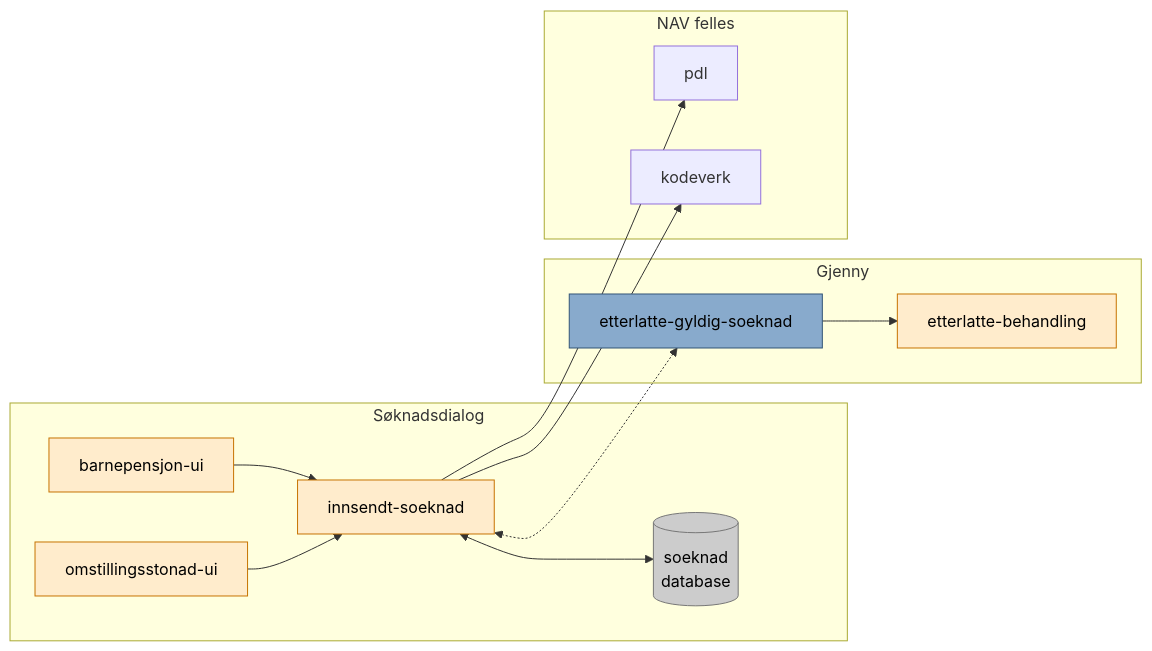
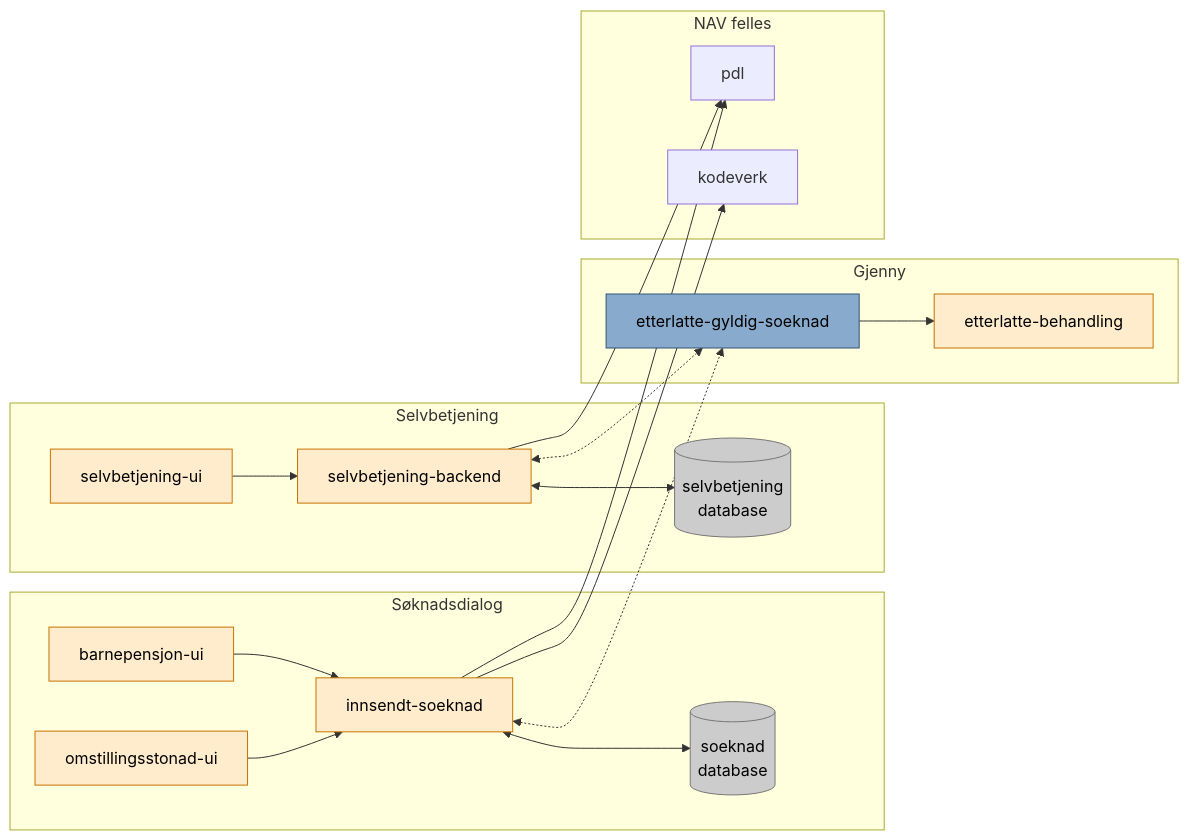
One commit to navikt/pensjon-etterlatte changed the diagram in README.md. Above: the diagram before and after it, drawn with Mermaid. The commit also changed other lines of this file and 3 other files, not shown here.

````diff
--- a/README.md
+++ b/README.md
@@ -26,35 +29,46 @@
 ```mermaid
 flowchart LR
 
 classDef app fill:#ffeccc,color:#000,stroke:#c77300
 classDef river fill:#88AACC,color:#000,stroke:#335577
 classDef db fill:#ccc,color:#000,stroke:#777
 classDef text fill:none,color:#ddd
 
 barnepensjon-ui --> innsendt-soeknad
 omstillingsstonad-ui --> innsendt-soeknad
+selvbetjening-ui --> selvbetjening-backend
+
+selvbetjening-backend --> pdl
+selvbetjening-backend <--> selvbetjening-backend-v2[(selvbetjening <br/> database)]
+selvbetjening-backend <-.-> etterlatte-gyldig-soeknad
 
 innsendt-soeknad <-.-> etterlatte-gyldig-soeknad
 etterlatte-gyldig-soeknad --> etterlatte-behandling
 
 innsendt-soeknad --> pdl
 innsendt-soeknad --> kodeverk
 innsendt-soeknad <--> innsendt-soeknad-v2[(soeknad <br/> database)]
 
 subgraph frontend["Søknadsdialog"]
     barnepensjon-ui:::app
     omstillingsstonad-ui:::app
     innsendt-soeknad:::app
     innsendt-soeknad-v2:::db
 end
 
+subgraph selvbetjening["Selvbetjening"]
+    selvbetjening-ui:::app
+    selvbetjening-backend:::app
+    selvbetjening-backend-v2:::db
+end
+
 subgraph gjenny["Gjenny"]
     etterlatte-gyldig-soeknad:::river
     etterlatte-behandling:::app
 end
 
 subgraph ekstern["NAV felles"]
     kodeverk
     pdl
 end
 ```
````
